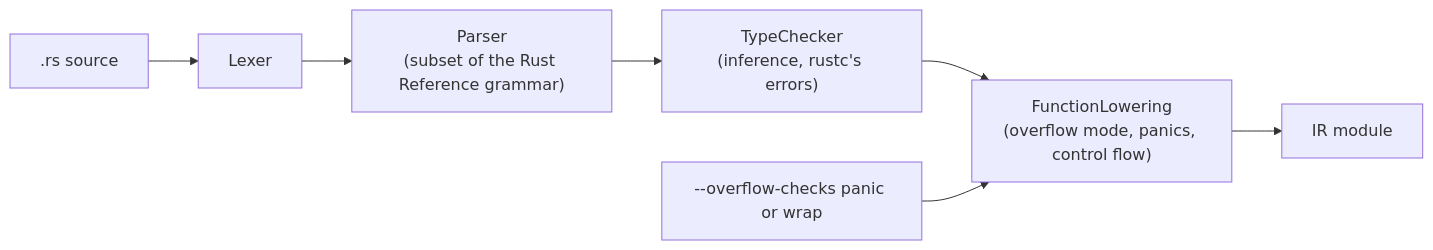
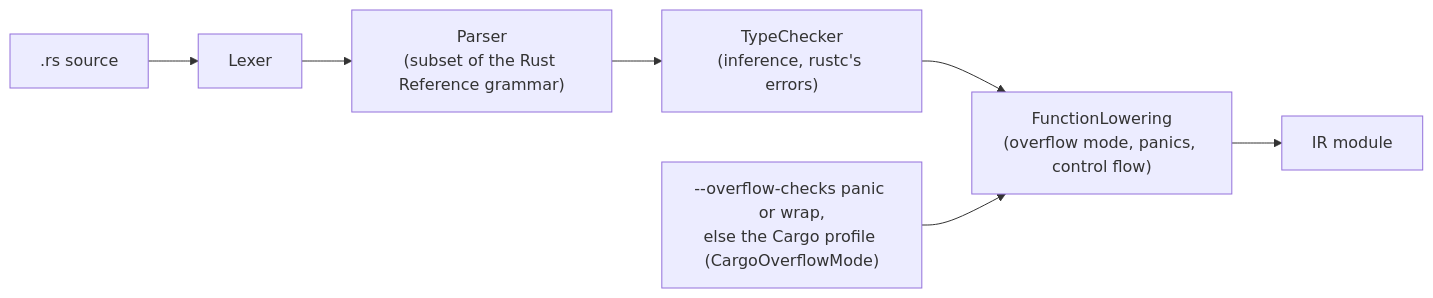
One commit to Hawkynt/Polypiler changed the diagram in docs/architecture/RUST-FRONTEND.md. Above: the diagram before and after it, drawn with Mermaid. The commit also changed other lines of this file and 15 other files, not shown here.

First line of the commit message:
* rust frontend: the overflow mode defaults to the Cargo profile

````diff
--- a/docs/architecture/RUST-FRONTEND.md
+++ b/docs/architecture/RUST-FRONTEND.md
@@ -6,8 +6,8 @@
 ```mermaid
 flowchart LR
   source[".rs source"] --> lexer["Lexer"] --> parser["Parser<br/>(subset of the Rust Reference grammar)"]
   parser --> checker["TypeChecker<br/>(inference, rustc's errors)"]
   checker --> lowering["FunctionLowering<br/>(overflow mode, panics, control flow)"]
   lowering --> ir["IR module"]
-  mode["--overflow-checks panic or wrap"] --> lowering
+  mode["--overflow-checks panic or wrap,<br/>else the Cargo profile (CargoOverflowMode)"] --> lowering
 ```
````
